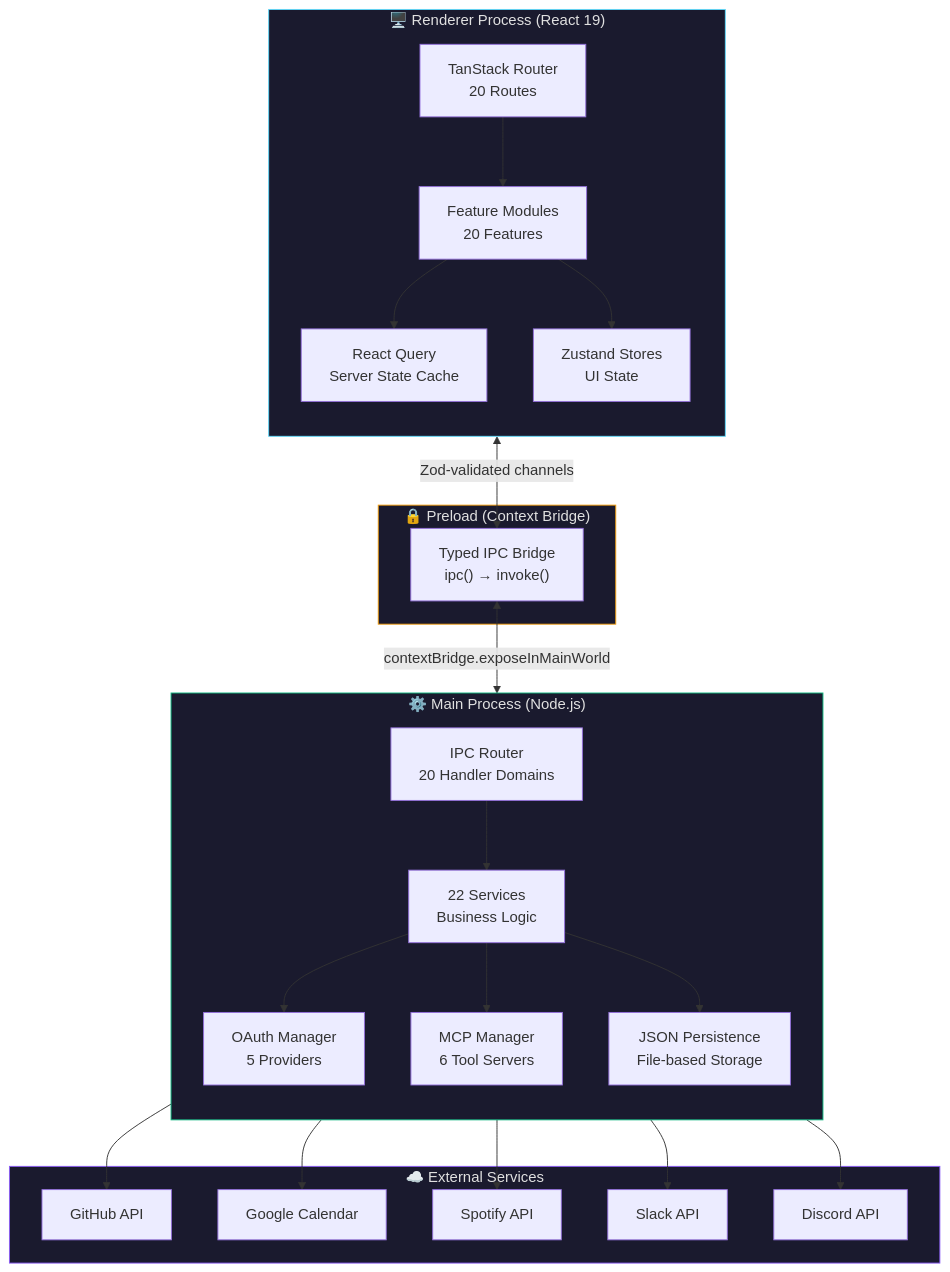
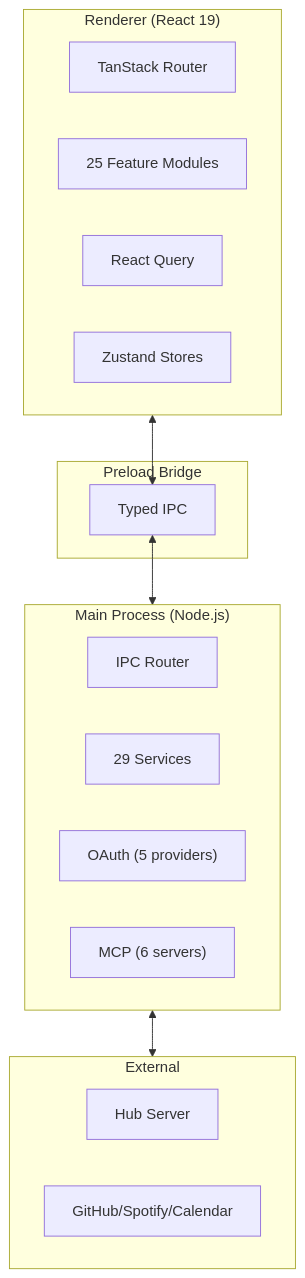
One commit to ParkerM2/Claude-UI changed the first of 3 diagrams in README.md. Above: the diagram before and after it, drawn with Mermaid. The commit also changed other lines of this file, not shown here.

First line of the commit message:
Condense README with charts and grouped feature tables

````diff
--- a/README.md
+++ b/README.md
@@ -115,53 +26,29 @@
 ```mermaid
 graph TB
-    subgraph Renderer["🖥️ Renderer Process (React 19)"]
-        direction TB
-        Router["TanStack Router<br/>20 Routes"]
-        Features["Feature Modules<br/>20 Features"]
-        RQ["React Query<br/>Server State Cache"]
-        Zustand["Zustand Stores<br/>UI State"]
-
-        Router --> Features
-        Features --> RQ
-        Features --> Zustand
+    subgraph Renderer["Renderer (React 19)"]
+        Router["TanStack Router"]
+        Features["25 Feature Modules"]
+        RQ["React Query"]
+        Zustand["Zustand Stores"]
     end
 
-    subgraph Preload["🔒 Preload (Context Bridge)"]
-        Bridge["Typed IPC Bridge<br/>ipc() → invoke()"]
+    subgraph Preload["Preload Bridge"]
+        Bridge["Typed IPC"]
     end
 
-    subgraph Main["⚙️ Main Process (Node.js)"]
-        direction TB
-        IPC["IPC Router<br/>20 Handler Domains"]
-        Services["22 Services<br/>Business Logic"]
-        OAuth["OAuth Manager<br/>5 Providers"]
-        MCP["MCP Manager<br/>6 Tool Servers"]
-        Data["JSON Persistence<br/>File-based Storage"]
-
-        IPC --> Services
-        Services --> OAuth
-        Services --> MCP
-        Services --> Data
+    subgraph Main["Main Process (Node.js)"]
+        IPC["IPC Router"]
+        Services["29 Services"]
+        OAuth["OAuth (5 providers)"]
+        MCP["MCP (6 servers)"]
     end
 
-    subgraph External["☁️ External Services"]
-        GitHub["GitHub API"]
-        Google["Google Calendar"]
-        Spotify["Spotify API"]
-        Slack["Slack API"]
-        Discord["Discord API"]
+    subgraph External["External"]
+        Hub["Hub Server"]
+        APIs["GitHub/Spotify/Calendar"]
     end
 
-    RQ <-->|"Zod-validated channels"| Bridge
-    Bridge <-->|"contextBridge.exposeInMainWorld"| IPC
-    OAuth --> GitHub
-    OAuth --> Google
-    OAuth --> Spotify
-    MCP --> Slack
-    MCP --> Discord
-
-    style Renderer fill:#1a1a2e,stroke:#61DAFB,color:#e0e0e0
-    style Preload fill:#1a1a2e,stroke:#f59e0b,color:#e0e0e0
-    style Main fill:#1a1a2e,stroke:#10b981,color:#e0e0e0
-    style External fill:#1a1a2e,stroke:#8b5cf6,color:#e0e0e0
+    Renderer <--> Bridge
+    Bridge <--> Main
+    Main <--> External
 ```
````
